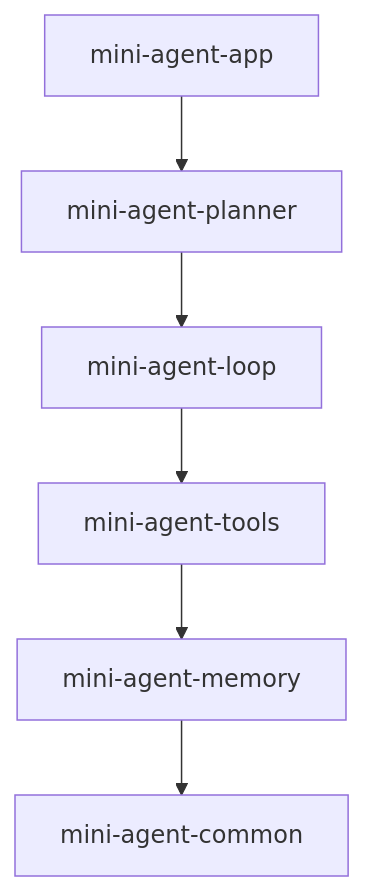
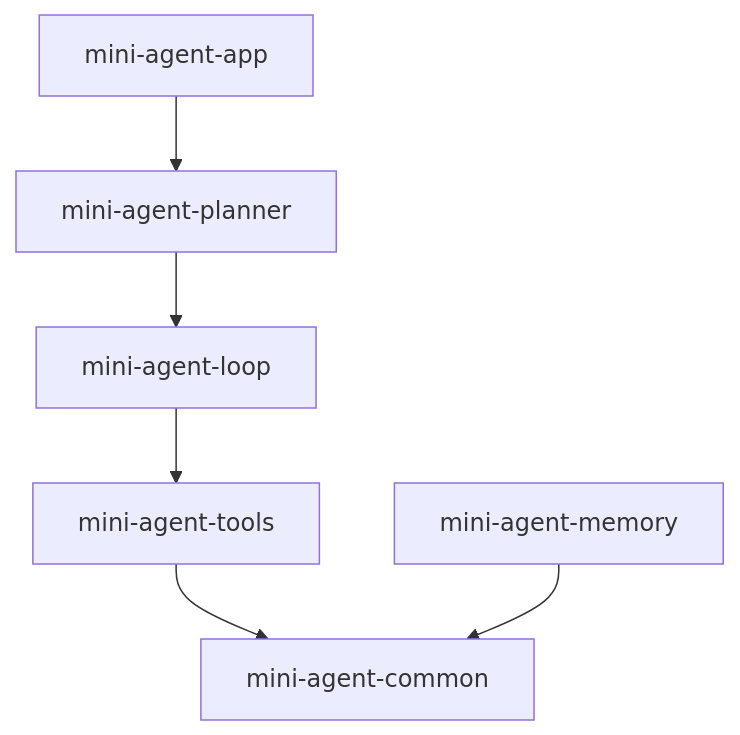
The third of 8 diagrams in docs/detailed-design.md (1231111/mini-agent), drawn with Mermaid before and after one commit. The commit also changed other lines of this file and 130 other files, not shown here.

````diff
--- a/docs/detailed-design.md
+++ b/docs/detailed-design.md
@@ -189,8 +189,8 @@
 ```mermaid
 flowchart TB
     app["mini-agent-app"] --> planner["mini-agent-planner"]
     planner --> loopm["mini-agent-loop"]
     loopm --> tools["mini-agent-tools"]
-    tools --> memory["mini-agent-memory"]
-    memory --> common["mini-agent-common"]
+    tools --> common["mini-agent-common"]
+    memory["mini-agent-memory"] --> common
 ```
````
